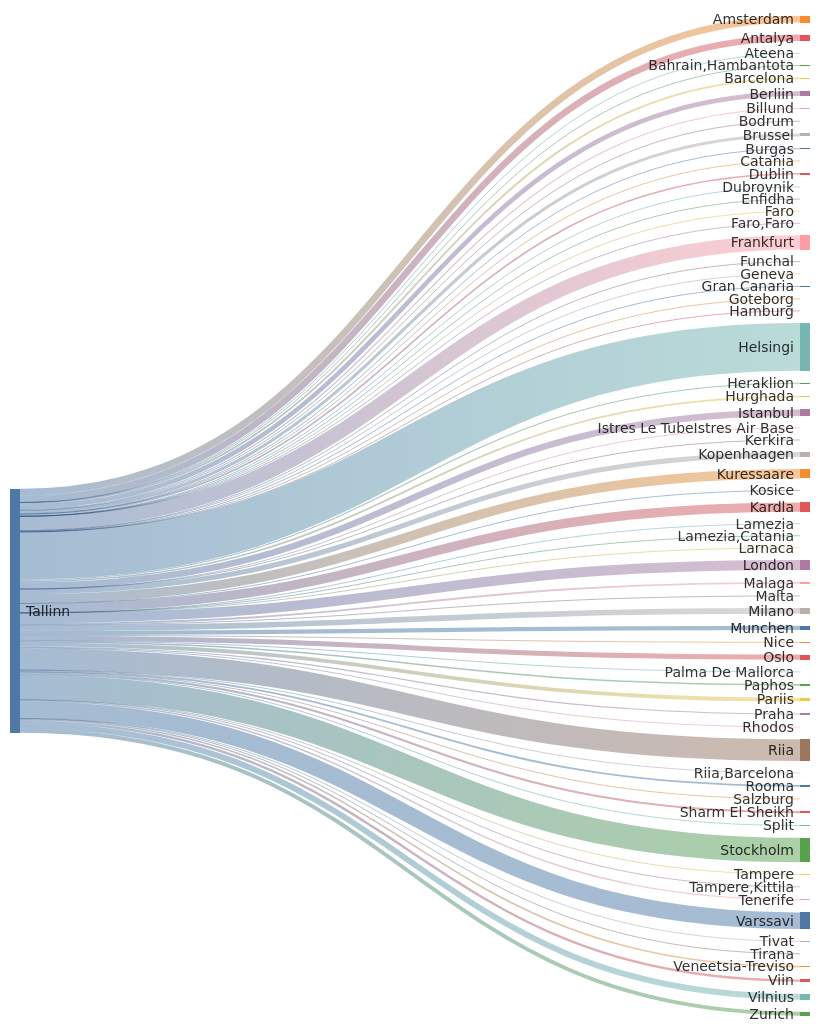
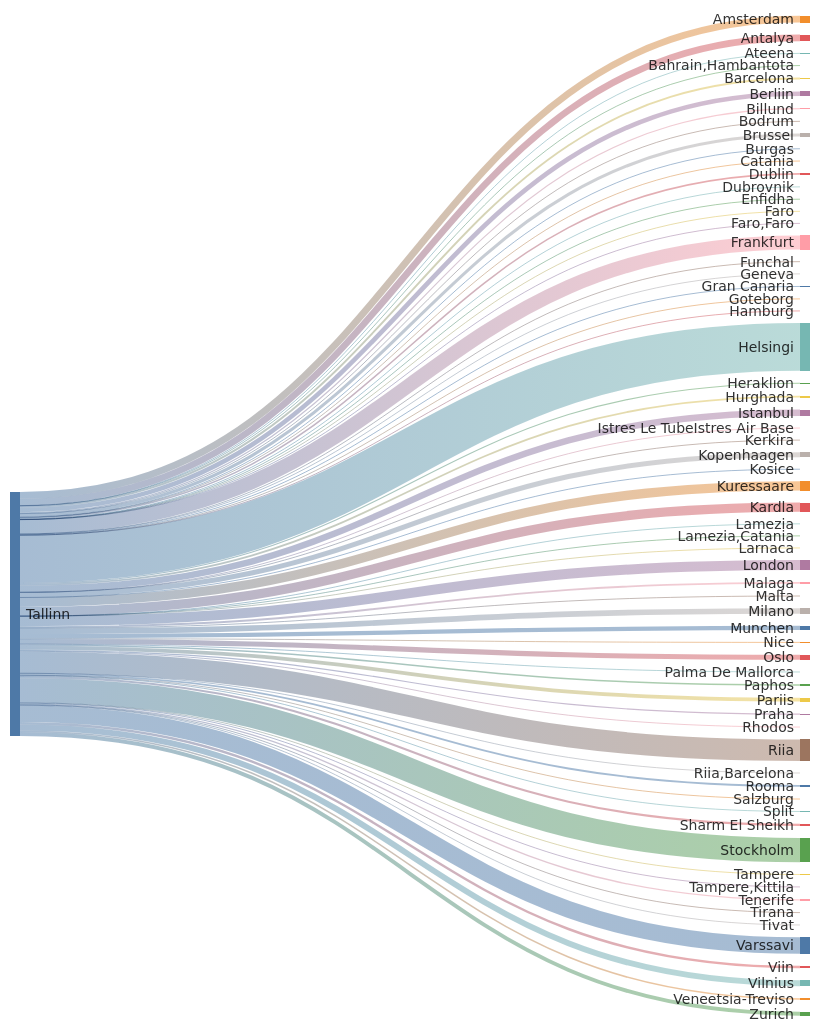
The second of 2 diagrams in README.md (rainermesi/tll-airport-departures), drawn with Mermaid before and after one commit. The commit also changed other lines of this file and 1 other file, not shown here.

````diff
--- a/README.md
+++ b/README.md
@@ -34,77 +34,77 @@
 ```mermaid
 ---
 config:
   sankey:
     showValues: false
     width: 800
     height: 1000
 ---
 sankey-beta
 %% source,target,value
-Tallinn,Amsterdam,297
-Tallinn,Antalya,285
+Tallinn,Amsterdam,299
+Tallinn,Antalya,288
 Tallinn,Ateena,16
 Tallinn,"Bahrain,Hambantota",1
-Tallinn,Barcelona,80
+Tallinn,Barcelona,82
 Tallinn,Berliin,200
-Tallinn,Billund,49
+Tallinn,Billund,50
 Tallinn,Bodrum,11
 Tallinn,Brussel,133
 Tallinn,Burgas,21
 Tallinn,Catania,2
 Tallinn,Dublin,68
 Tallinn,Dubrovnik,21
 Tallinn,Enfidha,7
 Tallinn,Faro,4
 Tallinn,"Faro,Faro",1
-Tallinn,Frankfurt,614
+Tallinn,Frankfurt,617
 Tallinn,Funchal,5
 Tallinn,Geneva,13
 Tallinn,Gran Canaria,38
 Tallinn,Goteborg,1
 Tallinn,Hamburg,2
-Tallinn,Helsingi,2066
-Tallinn,Heraklion,46
+Tallinn,Helsingi,2075
+Tallinn,Heraklion,47
 Tallinn,Hurghada,75
-Tallinn,Istanbul,279
+Tallinn,Istanbul,280
 Tallinn,Istres Le TubeIstres Air Base,2
 Tallinn,Kerkira,4
-Tallinn,Kopenhaagen,217
+Tallinn,Kopenhaagen,219
 Tallinn,Kosice,1
-Tallinn,Kuressaare,403
-Tallinn,Kardla,403
+Tallinn,Kuressaare,404
+Tallinn,Kardla,404
 Tallinn,Lamezia,1
 Tallinn,"Lamezia,Catania",3
 Tallinn,Larnaca,4
-Tallinn,London,432
-Tallinn,Malaga,79
-Tallinn,Malta,15
+Tallinn,London,433
+Tallinn,Malaga,80
+Tallinn,Malta,16
 Tallinn,Milano,245
 Tallinn,Munchen,185
 Tallinn,Nice,25
 Tallinn,Oslo,220
-Tallinn,Palma De Mallorca,19
+Tallinn,Palma De Mallorca,20
 Tallinn,Paphos,66
 Tallinn,Pariis,165
 Tallinn,Praha,50
 Tallinn,Rhodos,33
-Tallinn,Riia,932
+Tallinn,Riia,936
 Tallinn,"Riia,Barcelona",1
 Tallinn,Rooma,80
 Tallinn,Salzburg,14
 Tallinn,Sharm El Sheikh,91
 Tallinn,Split,26
-Tallinn,Stockholm,1057
+Tallinn,Stockholm,1060
 Tallinn,Tampere,17
 Tallinn,"Tampere,Kittila",21
 Tallinn,Tenerife,58
 Tallinn,Tirana,8
 Tallinn,Tivat,26
-Tallinn,Varssavi,716
+Tallinn,Varssavi,719
 Tallinn,Veneetsia-Treviso,67
 Tallinn,Viin,106
 Tallinn,Vilnius,254
-Tallinn,Zurich,171
+Tallinn,Zurich,172
 
 
 ```
````
